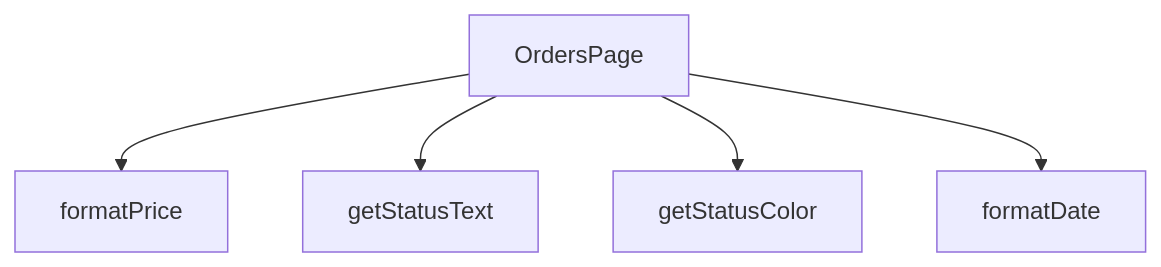
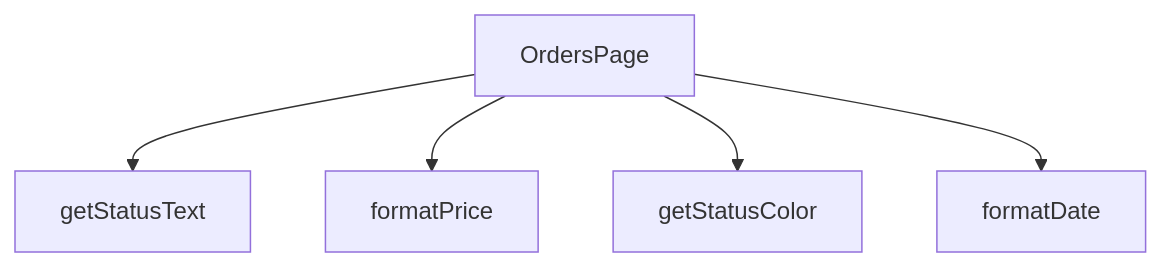
One commit to peckop/venthub-hvac-esite changed the diagram in src/views/OrdersPage.md. Above: the diagram before and after it, drawn with Mermaid. The commit also changed other lines of this file and 80 other files, not shown here.

````diff
--- a/src/views/OrdersPage.md
+++ b/src/views/OrdersPage.md
@@ -235,12 +235,12 @@
 ```mermaid
 graph TD
     OrdersPage_tsx__OrdersPage["OrdersPage"]
     OrdersPage_tsx__formatDate["formatDate"]
     OrdersPage_tsx__formatPrice["formatPrice"]
     OrdersPage_tsx__getStatusColor["getStatusColor"]
     OrdersPage_tsx__getStatusText["getStatusText"]
+    OrdersPage_tsx__OrdersPage --> OrdersPage_tsx__getStatusText
     OrdersPage_tsx__OrdersPage --> OrdersPage_tsx__formatPrice
-    OrdersPage_tsx__OrdersPage --> OrdersPage_tsx__getStatusText
     OrdersPage_tsx__OrdersPage --> OrdersPage_tsx__getStatusColor
     OrdersPage_tsx__OrdersPage --> OrdersPage_tsx__formatDate
 ```
````
